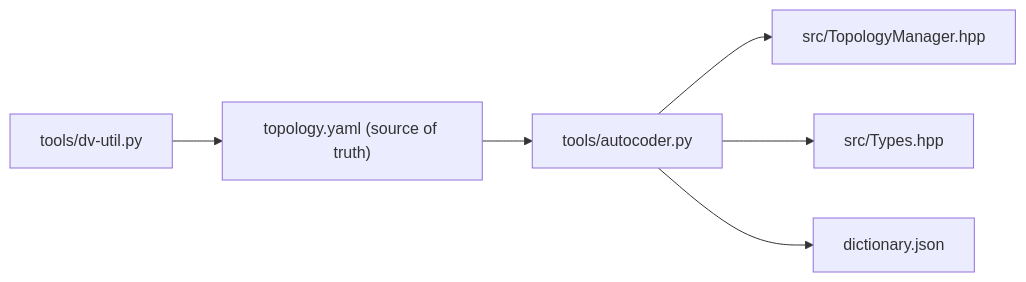
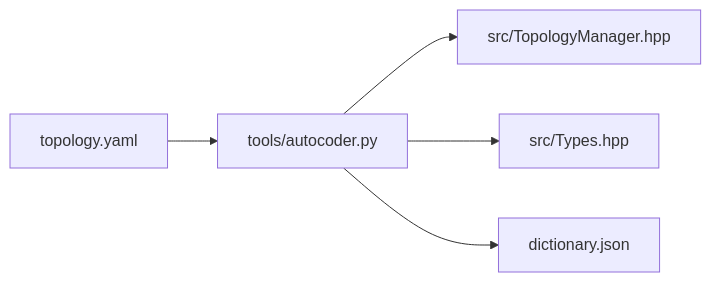
The second of 2 diagrams in docs/ARCHITECTURE.md (Albertcorn92/Delta-V), drawn with Mermaid before and after one commit. The commit also changed other lines of this file and 20 other files, not shown here.

````diff
--- a/docs/ARCHITECTURE.md
+++ b/docs/ARCHITECTURE.md
@@ -40,14 +54,13 @@
 ```mermaid
 flowchart LR
-    DV["tools/dv-util.py"]
-    TOPO["topology.yaml (source of truth)"]
+    TOPO["topology.yaml"]
     AC["tools/autocoder.py"]
     TM["src/TopologyManager.hpp"]
     TY["src/Types.hpp"]
     DICT["dictionary.json"]
 
-    DV --> TOPO --> AC
+    TOPO --> AC
     AC --> TM
     AC --> TY
     AC --> DICT
 ```
````
